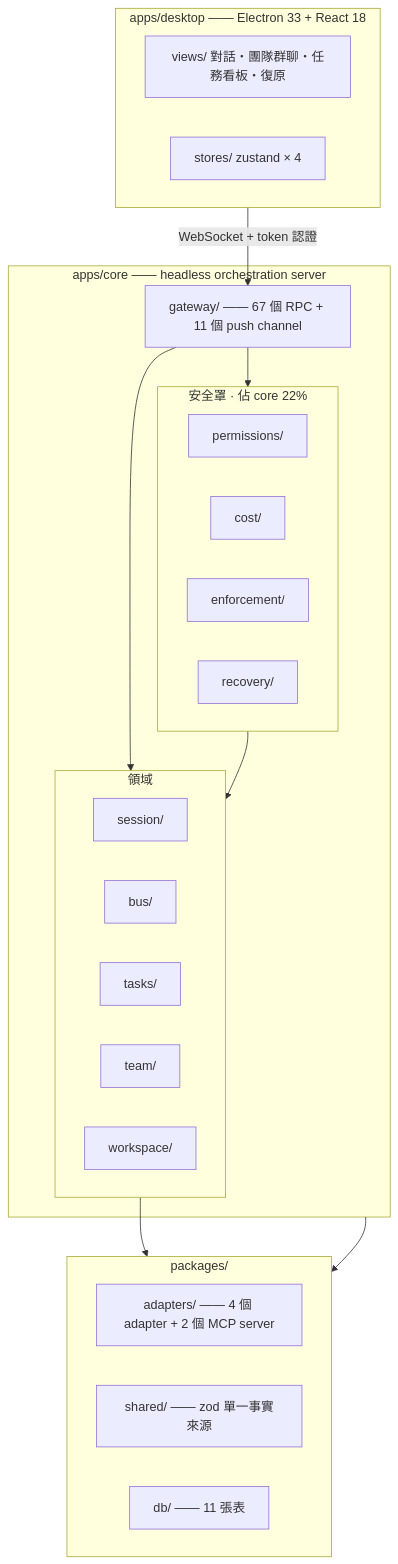
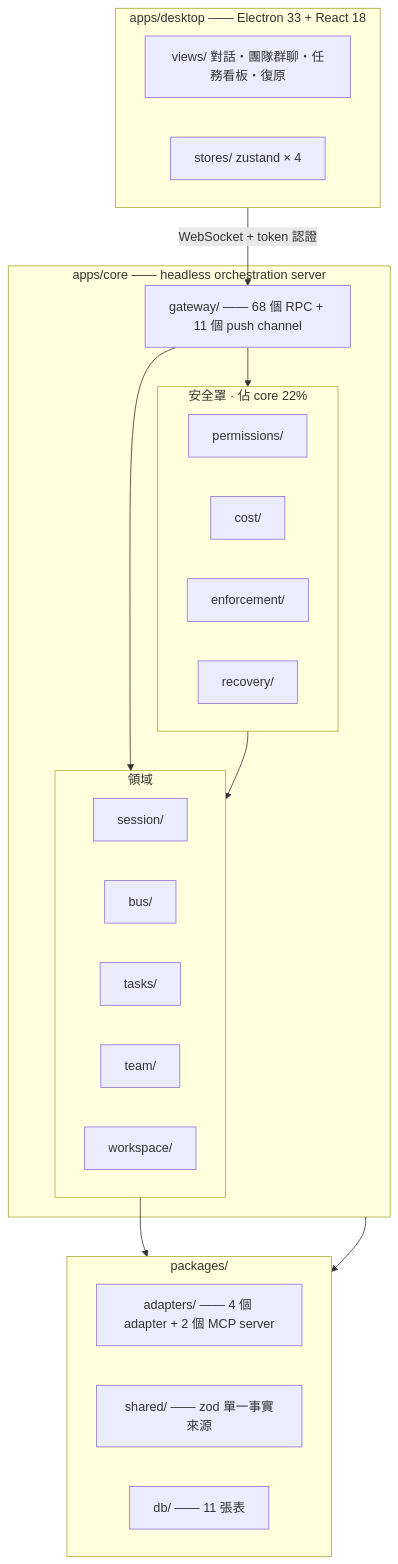
Before and after one commit to xing-101729/deskmony: the second of 3 diagrams in README.zh-Hant.md, drawn with Mermaid. The commit also changed other lines of this file and 3 other files, not shown here.

````diff
--- a/README.zh-Hant.md
+++ b/README.zh-Hant.md
@@ -108,41 +108,41 @@
 ```mermaid
 flowchart TB
     subgraph SHELL["apps/desktop —— Electron 33 + React 18"]
         direction LR
         Views["views/ 對話・團隊群聊・任務看板・復原"]
         Stores["stores/ zustand × 4"]
     end
 
     subgraph CORE["apps/core —— headless orchestration server"]
-        GW["gateway/ —— 67 個 RPC + 11 個 push channel"]
+        GW["gateway/ —— 68 個 RPC + 11 個 push channel"]
         subgraph DOMAIN["領域"]
             direction LR
             Sess["session/"]
             Bus["bus/"]
             Task["tasks/"]
             Team["team/"]
             Work["workspace/"]
         end
         subgraph SHIELD["安全罩 · 佔 core 22%"]
             direction LR
             Perm["permissions/"]
             Cost["cost/"]
             Enf["enforcement/"]
             Rec["recovery/"]
         end
     end
 
     subgraph PKG["packages/"]
         direction LR
         Adapters["adapters/ —— 4 個 adapter + 2 個 MCP server"]
         Shared["shared/ —— zod 單一事實來源"]
         Db["db/ —— 11 張表"]
     end
 
     SHELL -- "WebSocket + token 認證" --> GW
     GW --> DOMAIN
     GW --> SHIELD
     SHIELD --> DOMAIN
     DOMAIN --> Adapters
     CORE --> Db
 ```
````
